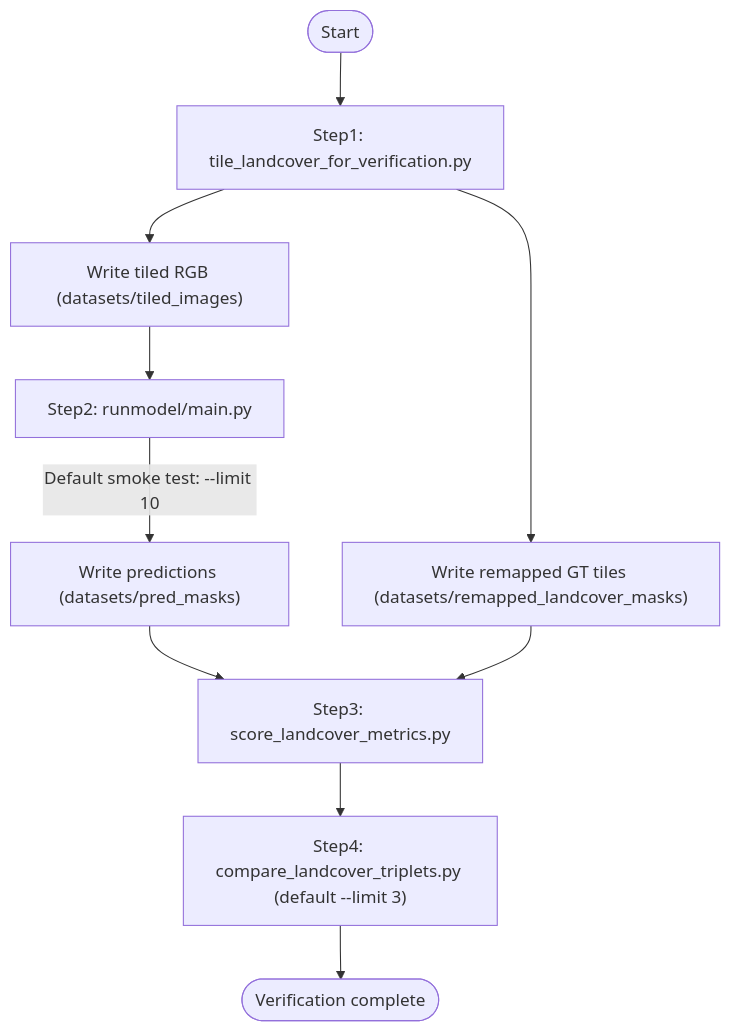
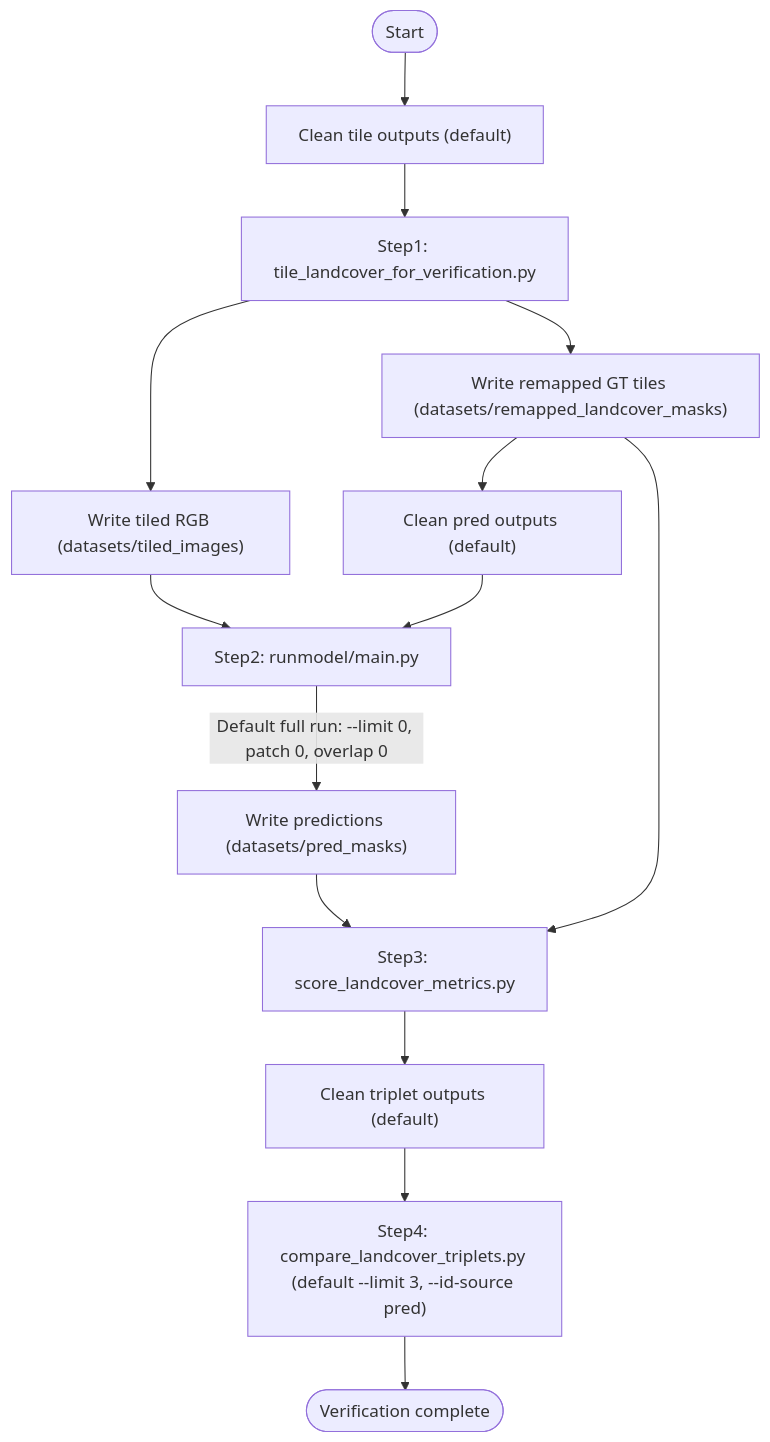
Before and after one commit to YawNimo/ndvi-guided-rgb-segmentation: the diagram in landcover_verification/README.md, drawn with Mermaid. The commit also changed other lines of this file and 2 other files, not shown here.

````diff
--- a/landcover_verification/README.md
+++ b/landcover_verification/README.md
@@ -7,12 +7,16 @@
 ```mermaid
 flowchart TD
-  Start([Start]) --> TileScript["Step1: tile_landcover_for_verification.py"]
+  Start([Start]) --> CleanTile["Clean tile outputs (default)"]
+  CleanTile --> TileScript["Step1: tile_landcover_for_verification.py"]
   TileScript --> RgbTiles["Write tiled RGB (datasets/tiled_images)"]
   TileScript --> GtRemap["Write remapped GT tiles (datasets/remapped_landcover_masks)"]
+  GtRemap --> CleanPred["Clean pred outputs (default)"]
   RgbTiles --> Runmodel["Step2: runmodel/main.py"]
-  Runmodel -->|"Default smoke test: --limit 10"| PredOut["Write predictions (datasets/pred_masks)"]
+  CleanPred --> Runmodel
+  Runmodel -->|"Default full run: --limit 0, patch 0, overlap 0"| PredOut["Write predictions (datasets/pred_masks)"]
   PredOut --> Score["Step3: score_landcover_metrics.py"]
   GtRemap --> Score
-  Score --> Triplets["Step4: compare_landcover_triplets.py (default --limit 3)"]
+  Score --> CleanTrip["Clean triplet outputs (default)"]
+  CleanTrip --> Triplets["Step4: compare_landcover_triplets.py (default --limit 3, --id-source pred)"]
   Triplets --> Done([Verification complete])
 ```
````
